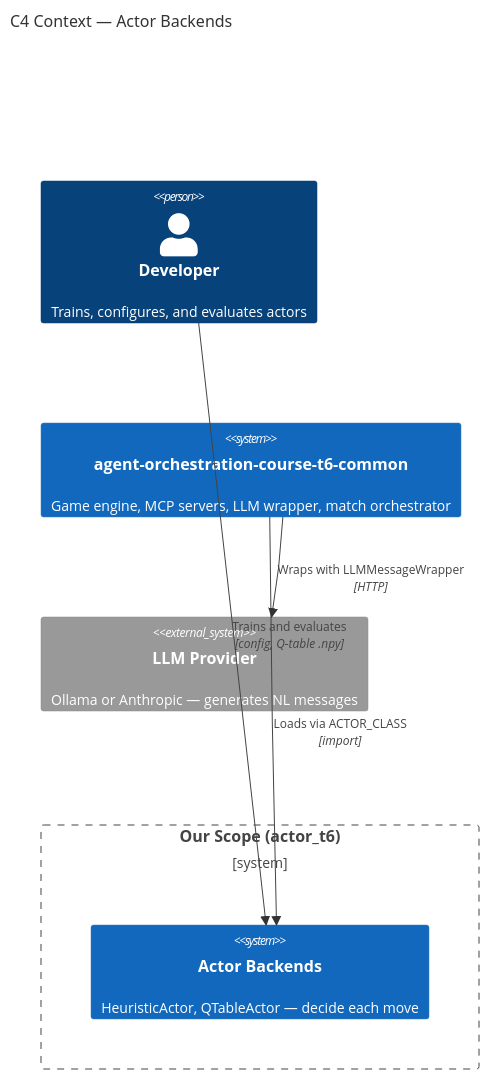
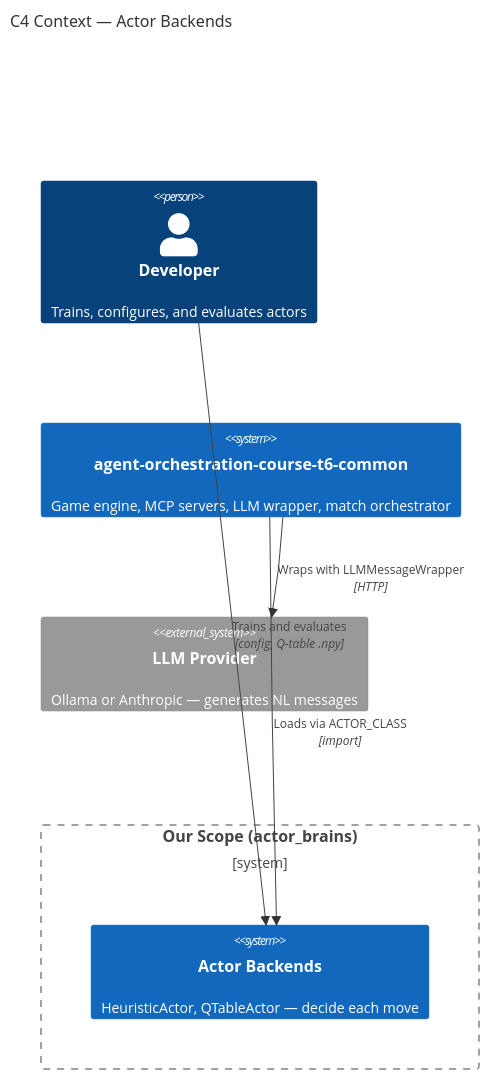
Before and after one commit to evya1/AI-actor-game: the first of 5 diagrams in docs/PLAN.md, drawn with Mermaid. The commit also changed other lines of this file and 42 other files, not shown here.

````diff
--- a/docs/PLAN.md
+++ b/docs/PLAN.md
@@ -16,16 +16,16 @@
 ```mermaid
 C4Context
     title C4 Context — Actor Backends
 
     Person(developer, "Developer", "Trains, configures, and evaluates actors")
     System(submodule, "agent-orchestration-course-t6-common", "Game engine, MCP servers, LLM wrapper, match orchestrator")
     System_Ext(llm, "LLM Provider", "Ollama or Anthropic — generates NL messages")
 
-    Boundary(our_scope, "Our Scope (actor_t6)") {
+    Boundary(our_scope, "Our Scope (actor_brains)") {
         System(actors, "Actor Backends", "HeuristicActor, QTableActor — decide each move")
     }
 
     Rel(developer, actors, "Trains and evaluates", "config, Q-table .npy")
     Rel(submodule, actors, "Loads via ACTOR_CLASS", "import")
     Rel(submodule, llm, "Wraps with LLMMessageWrapper", "HTTP")
 ```
````
